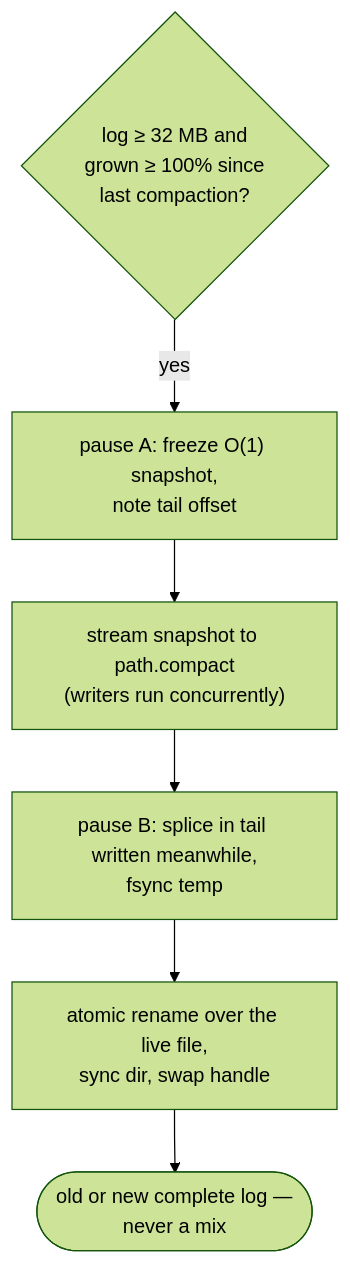
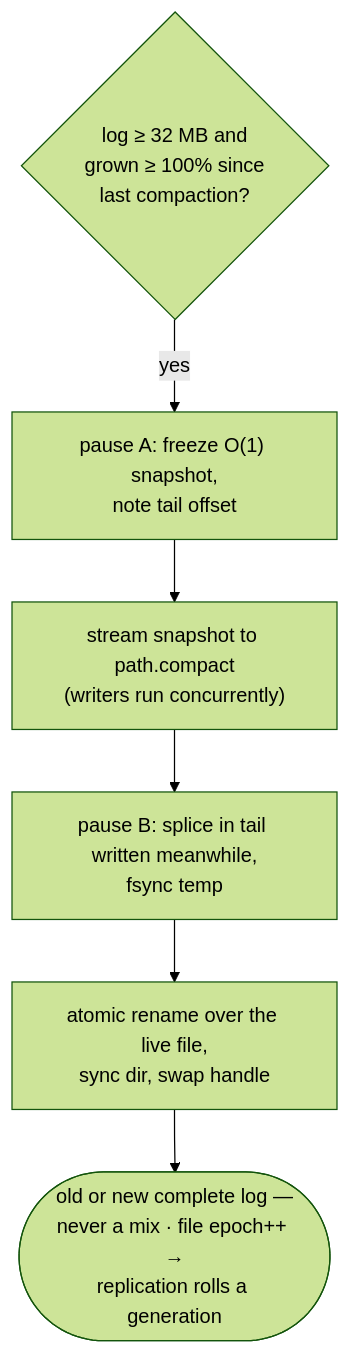
Before and after one commit to rohanthewiz/bytdb: the eighth of 9 diagrams in docs/architecture.md, drawn with Mermaid (forest theme). The commit also changed other lines of this file and 8 other files, not shown here.

First line of the commit message:
Docs refresh: mkdocs pages current with v0.6.4, 22 validated mermaid diagrams

````diff
--- a/docs/architecture.md
+++ b/docs/architecture.md
@@ -242,7 +339,7 @@
 ```mermaid
 flowchart TD
     trigger{"log ≥ 32 MB and<br/>grown ≥ 100% since<br/>last compaction?"} -- yes --> p1
     p1["pause A: freeze O(1) snapshot,<br/>note tail offset"] --> stream["stream snapshot to path.compact<br/>(writers run concurrently)"]
     stream --> p2["pause B: splice in tail written meanwhile,<br/>fsync temp"] --> ren["atomic rename over the live file,<br/>sync dir, swap handle"]
-    ren --> done([old or new complete log —<br/>never a mix])
+    ren --> done([old or new complete log —<br/>never a mix · file epoch++ →<br/>replication rolls a generation])
 ```
````
